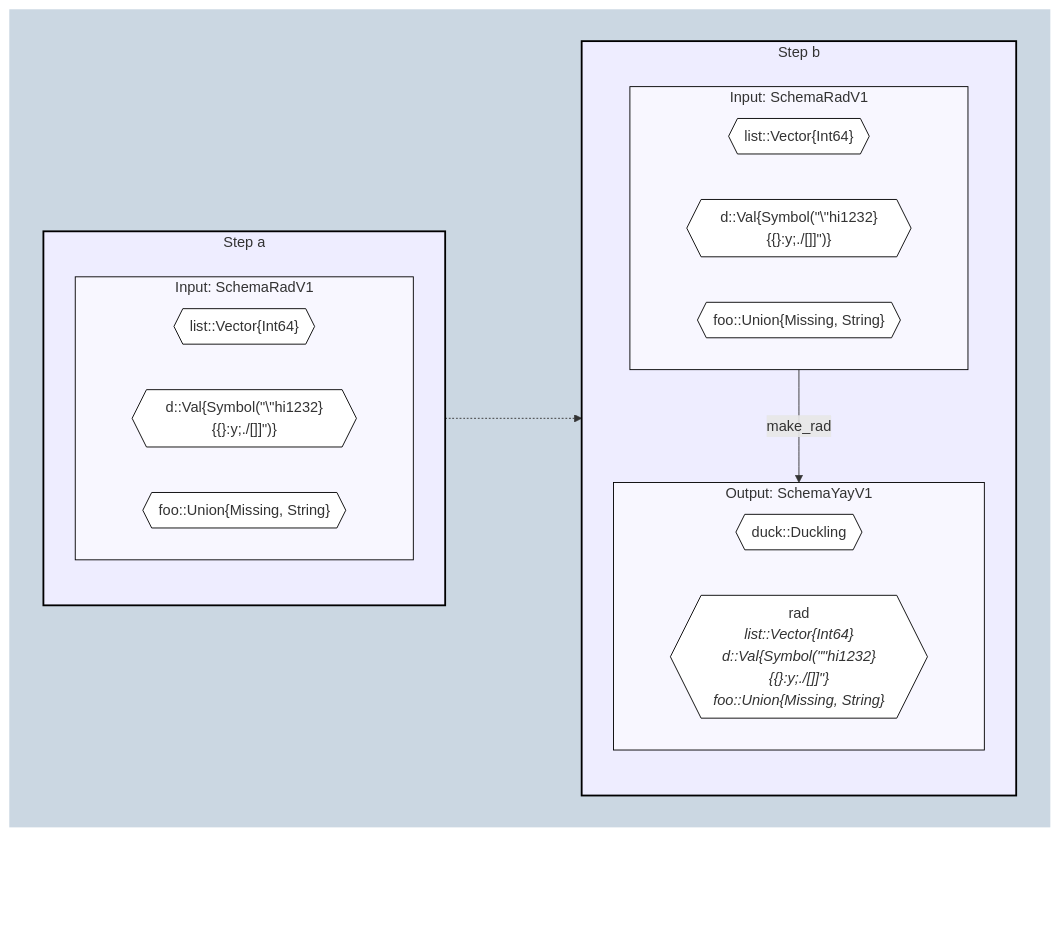
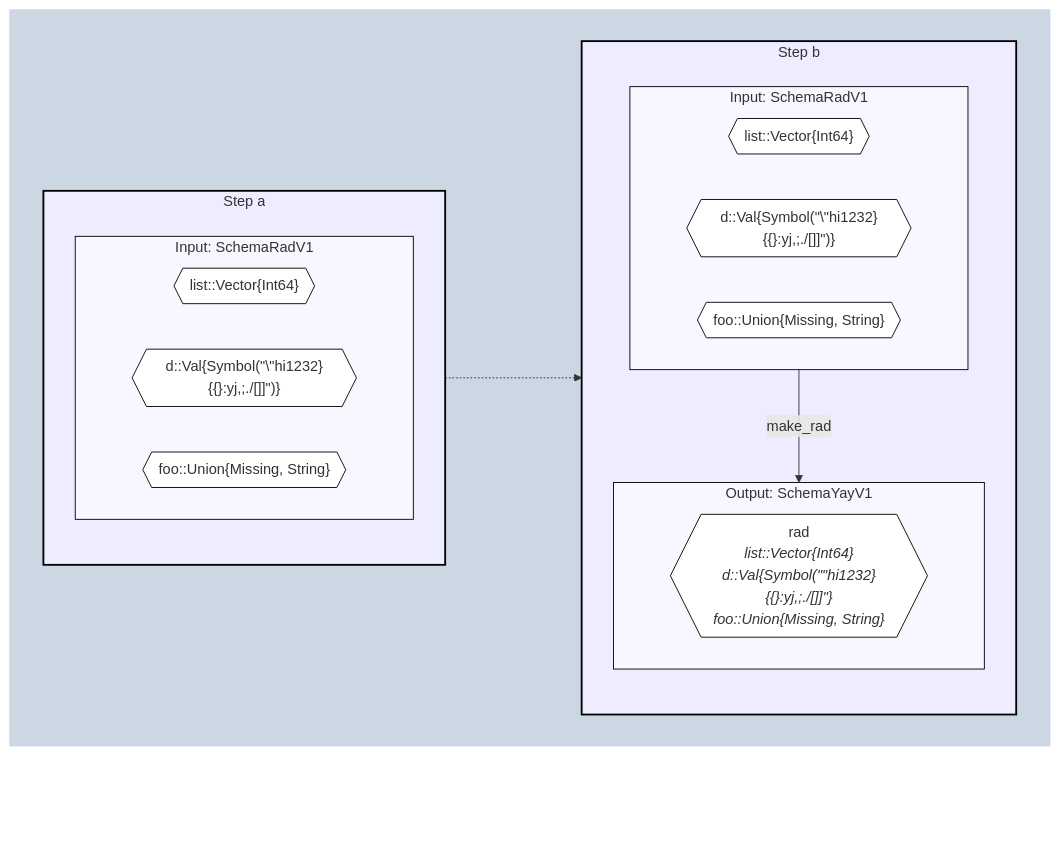
One commit to beacon-biosignals/TransformSpecifications.jl changed the diagram in test/reference_tests/mermaid_custom.md. Above: the diagram before and after it, drawn with Mermaid. The commit also changed 2 other files, not shown here.

Commit message:
clean-up

````diff
--- a/test/reference_tests/mermaid_custom.md
+++ b/test/reference_tests/mermaid_custom.md
@@ -1,55 +1,53 @@
 ```mermaid
 flowchart
 
 %% Define steps (nodes)
 subgraph OUTERLEVEL["` `"]
 direction LR
 subgraph STEP_A["Step a"]
   direction TB
   subgraph STEP_A_InputSchema["Input: SchemaRadV1"]
     direction RL
     STEP_A_InputSchemalist{{"list::Vector{Int64}"}}
     class STEP_A_InputSchemalist classSpecField
-    STEP_A_InputSchemad{{"d::Val{Symbol(#quot;\#quot;hi1232}{{}:y;./[]]#quot;)}"}}
+    STEP_A_InputSchemad{{"d::Val{Symbol(#quot;\#quot;hi1232}{{}:yj,;./[]]#quot;)}"}}
     class STEP_A_InputSchemad classSpecField
     STEP_A_InputSchemafoo{{"foo::Union{Missing, String}"}}
     class STEP_A_InputSchemafoo classSpecField
   end
   class STEP_A_InputSchema classSpec
 end
 subgraph STEP_B["Step b"]
   direction TB
   subgraph STEP_B_InputSchema["Input: SchemaRadV1"]
     direction RL
     STEP_B_InputSchemalist{{"list::Vector{Int64}"}}
     class STEP_B_InputSchemalist classSpecField
-    STEP_B_InputSchemad{{"d::Val{Symbol(#quot;\#quot;hi1232}{{}:y;./[]]#quot;)}"}}
+    STEP_B_InputSchemad{{"d::Val{Symbol(#quot;\#quot;hi1232}{{}:yj,;./[]]#quot;)}"}}
     class STEP_B_InputSchemad classSpecField
     STEP_B_InputSchemafoo{{"foo::Union{Missing, String}"}}
     class STEP_B_InputSchemafoo classSpecField
   end
   subgraph STEP_B_OutputSchema["Output: SchemaYayV1"]
     direction RL
-    STEP_B_OutputSchemaduck{{"duck::Duckling"}}
-    class STEP_B_OutputSchemaduck classSpecField
     STEP_B_OutputSchemarad{{"`rad
   *list::Vector{Int64}
-  d::Val{Symbol(#quot;\#quot;hi1232}{{}:y;./[]]#quot;}
+  d::Val{Symbol(#quot;\#quot;hi1232}{{}:yj,;./[]]#quot;}
   foo::Union{Missing, String}*`"}}
     class STEP_B_OutputSchemarad classSpecField
   end
   STEP_B_InputSchema:::classSpec -- make_rad --> STEP_B_OutputSchema:::classSpec
 end
 
 %% Link steps (edges)
 STEP_A:::classStep -..-> STEP_B:::classStep
 
 end
 OUTERLEVEL:::classOuter ~~~ OUTERLEVEL:::classOuter
 
 %% Styling definitions
 classDef classOuter fill:#cbd7e2,stroke:#000,stroke-width:0px;
 classDef classStep fill:#eeedff,stroke:#000,stroke-width:2px;
 classDef classSpec fill:#f8f7ff,stroke:#000,stroke-width:1px;
 classDef classSpecField fill:#fff,stroke:#000,stroke-width:1px;
 ```
````
